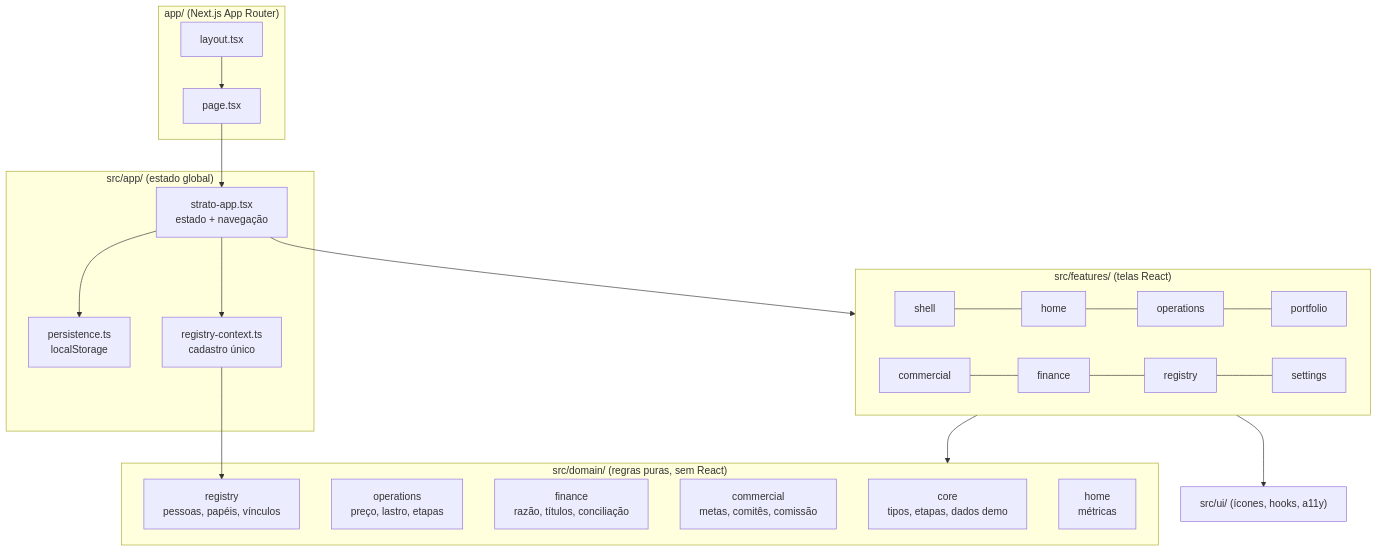
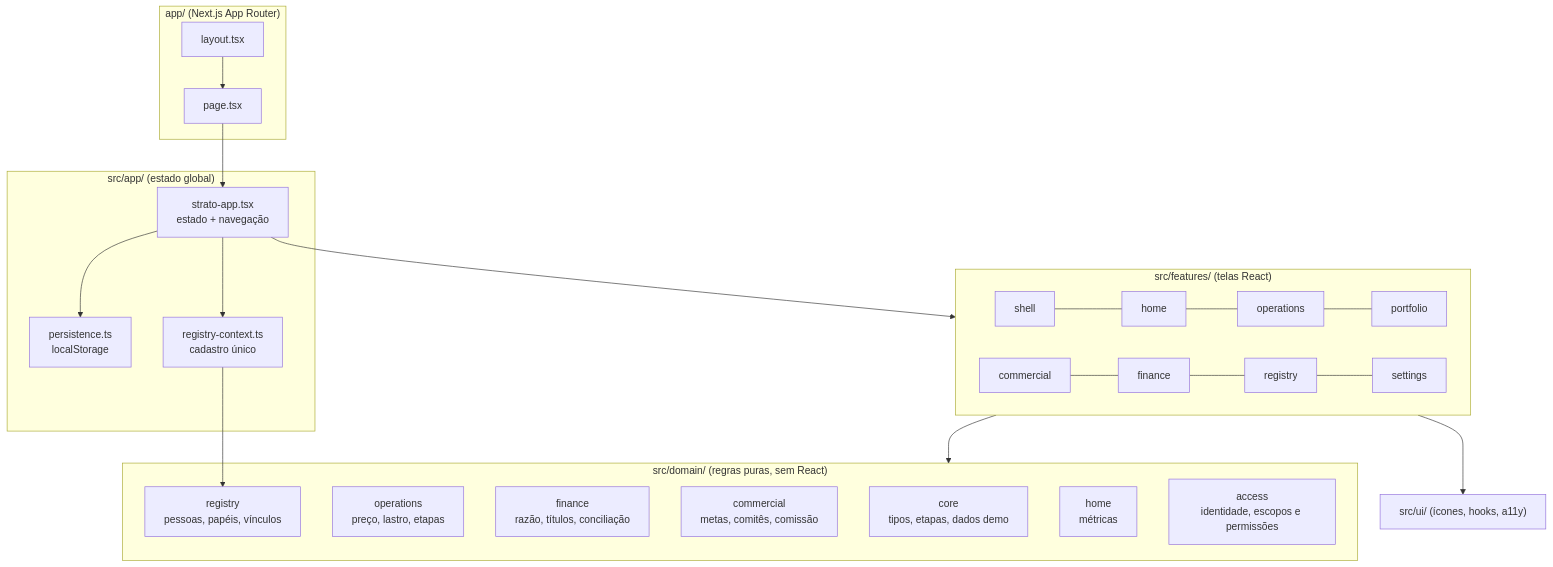
One commit to henriqueid/FNE001 changed the first of 2 diagrams in docs/ARCHITECTURE.md. Above: the diagram before and after it, drawn with Mermaid. The commit also changed other lines of this file and 25 other files, not shown here.

````diff
--- a/docs/ARCHITECTURE.md
+++ b/docs/ARCHITECTURE.md
@@ -7,31 +7,32 @@
 ```mermaid
 flowchart TB
   subgraph Rotas["app/ (Next.js App Router)"]
     L[layout.tsx] --> P[page.tsx]
   end
   subgraph App["src/app/ (estado global)"]
     R[strato-app.tsx<br/>estado + navegação]
     PS[persistence.ts<br/>localStorage]
     RC[registry-context.ts<br/>cadastro único]
   end
   subgraph Features["src/features/ (telas React)"]
     SH[shell] --- HO[home] --- OP[operations] --- PO[portfolio]
     CO[commercial] --- FI[finance] --- RG[registry] --- ST[settings]
   end
   subgraph Domain["src/domain/ (regras puras, sem React)"]
     CORE[core<br/>tipos, etapas, dados demo]
     OPS[operations<br/>preço, lastro, etapas]
     FIN[finance<br/>razão, títulos, conciliação]
     COM[commercial<br/>metas, comitês, comissão]
     REG[registry<br/>pessoas, papéis, vínculos]
     HM[home<br/>métricas]
+    AC[access<br/>identidade, escopos e permissões]
   end
   UI["src/ui/ (ícones, hooks, a11y)"]
   P --> R
   R --> PS
   R --> RC
   R --> Features
   Features --> Domain
   Features --> UI
   RC --> REG
 ```
````
